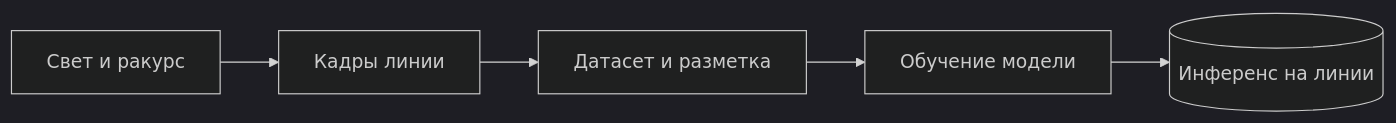
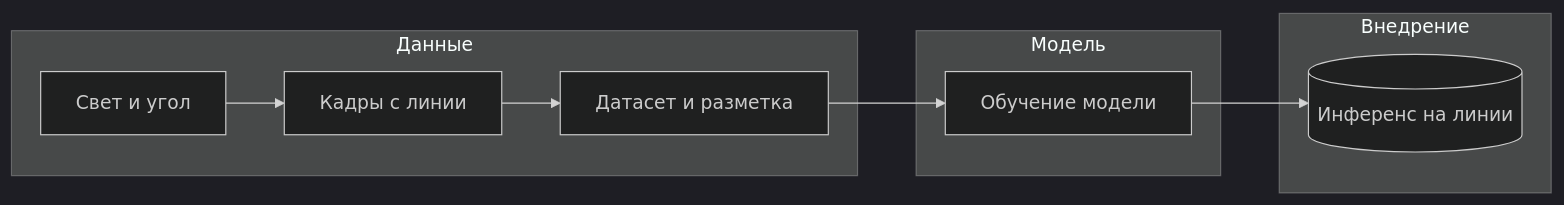
The diagram in src/shared/assets/diagrams/computer-vision-systems.pipeline.ru.mmd (Vectorfield4/login-ai), drawn with Mermaid (dark theme) before and after one commit. The commit also changed 602 other files, not shown here.

Commit message:
diagrams: rework all 100 schemas (state/sequence/er + subgraph)

```diff
--- a/src/shared/assets/diagrams/computer-vision-systems.pipeline.ru.mmd
+++ b/src/shared/assets/diagrams/computer-vision-systems.pipeline.ru.mmd
@@ -1,5 +1,13 @@
 flowchart LR
-  a["Свет и ракурс"] --> b["Кадры линии"]
-  b --> c["Датасет и разметка"]
-  c --> d["Обучение модели"]
-  d --> e[("Инференс на линии")]
+  subgraph Data["Данные"]
+    a["Свет и угол"]
+    b["Кадры с линии"]
+    c["Датасет и разметка"]
+  end
+  subgraph Model["Модель"]
+    d["Обучение модели"]
+  end
+  subgraph Deploy["Внедрение"]
+    e[("Инференс на линии")]
+  end
+  a --> b --> c --> d --> e
```
